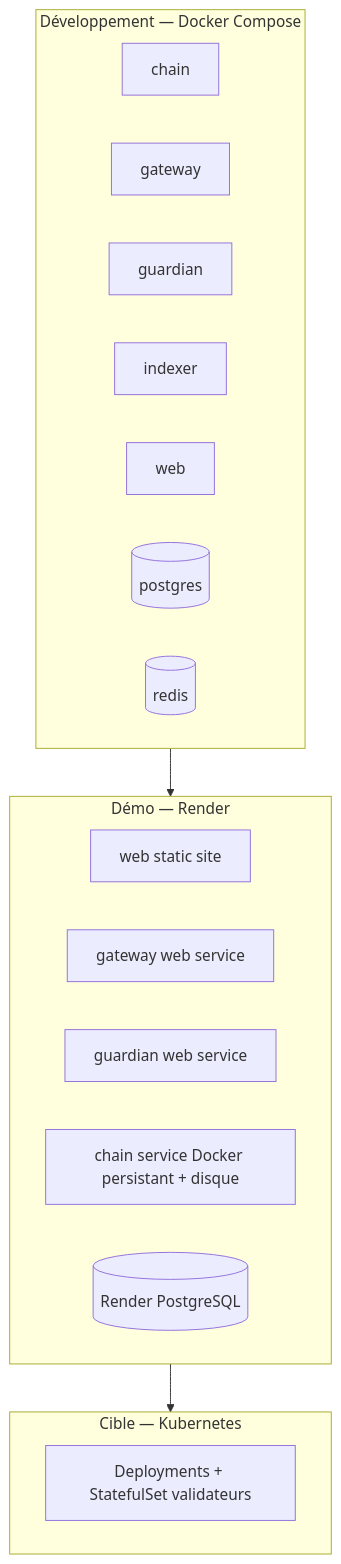
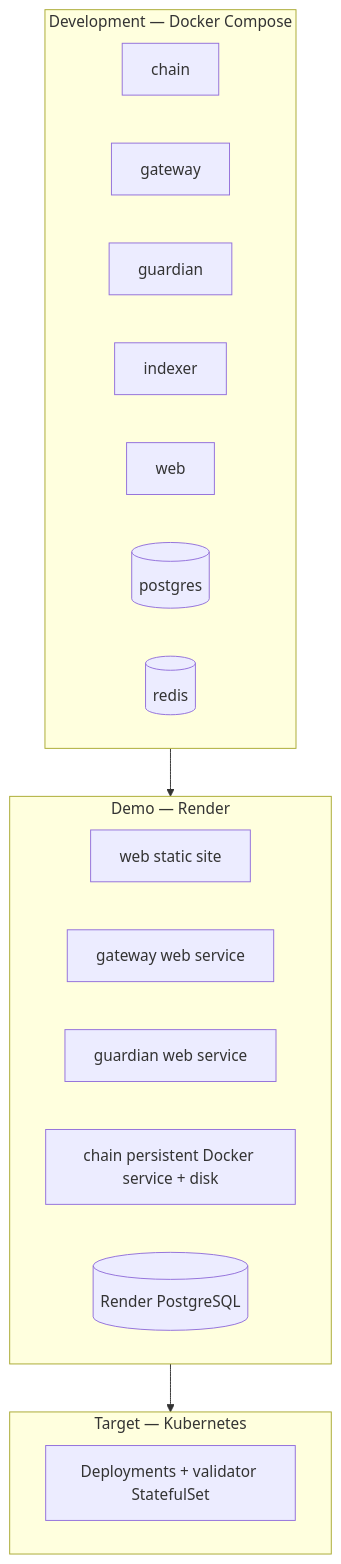
One commit to joeylukoji/Aurix changed the tenth of 10 diagrams in docs/architecture/diagrams.md. Above: the diagram before and after it, drawn with Mermaid. The commit also changed other lines of this file and 6 other files, not shown here.

````diff
--- a/docs/architecture/diagrams.md
+++ b/docs/architecture/diagrams.md
@@ -238,17 +238,17 @@
 ```mermaid
 flowchart TB
-    subgraph DEV[Développement — Docker Compose]
+    subgraph DEV[Development — Docker Compose]
         d1[chain] & d2[gateway] & d3[guardian] & d4[indexer] & d5[web] & d6[(postgres)] & d7[(redis)]
     end
-    subgraph DEMO[Démo — Render]
+    subgraph DEMO[Demo — Render]
         r1[web static site]
         r2[gateway web service]
         r3[guardian web service]
-        r4[chain service Docker persistant + disque]
+        r4[chain persistent Docker service + disk]
         r5[(Render PostgreSQL)]
     end
-    subgraph TARGET[Cible — Kubernetes]
-        k1[Deployments + StatefulSet validateurs]
+    subgraph TARGET[Target — Kubernetes]
+        k1[Deployments + validator StatefulSet]
     end
     DEV --> DEMO --> TARGET
 ```
````
